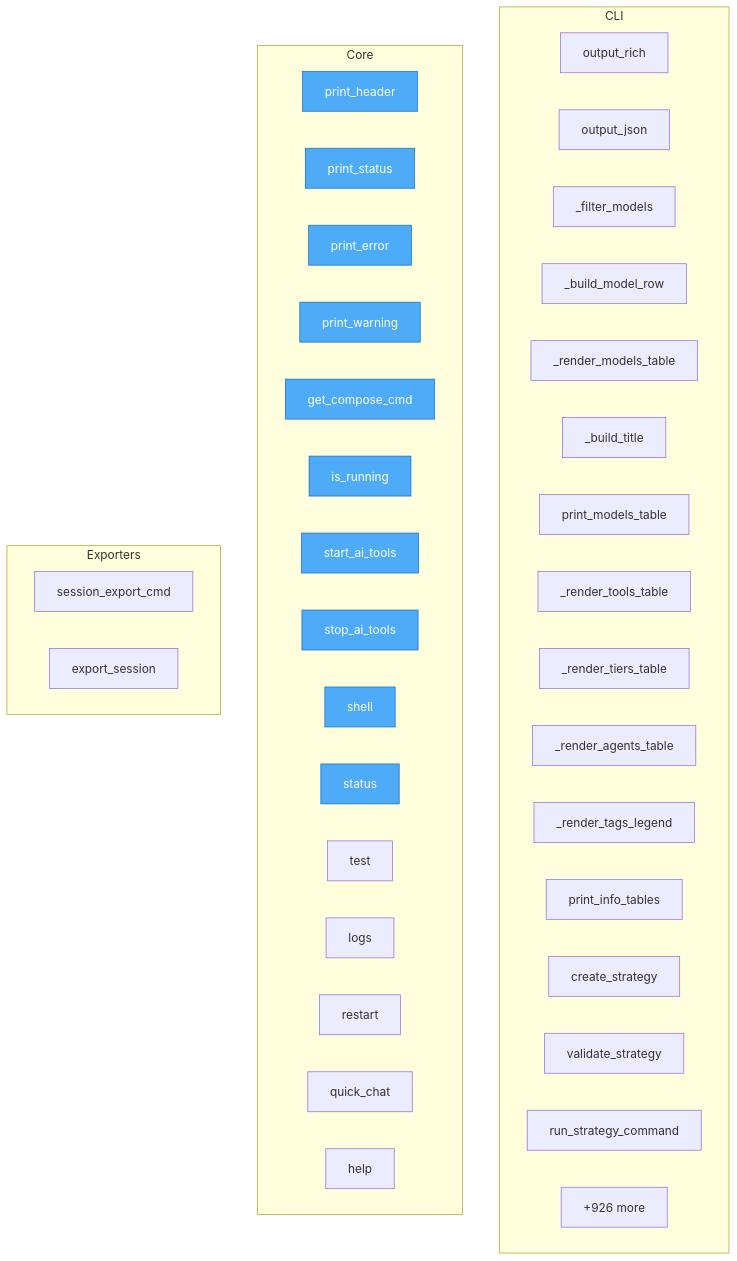
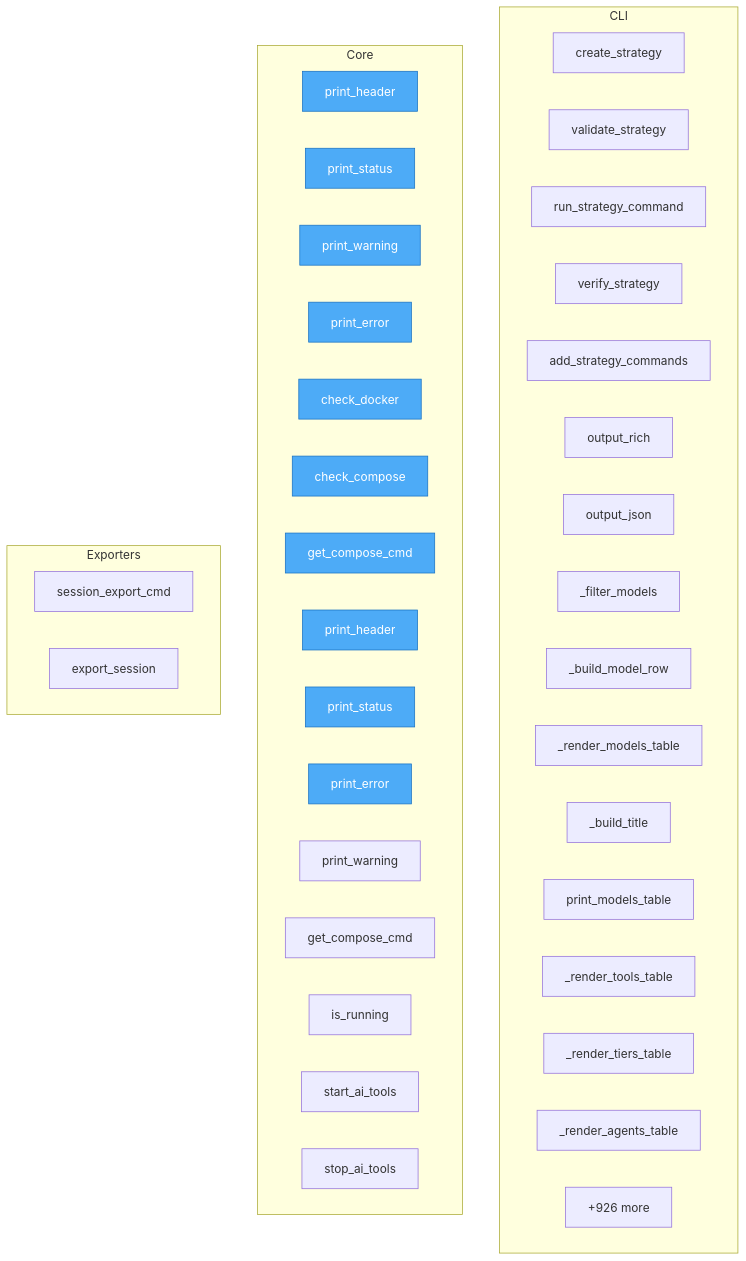
Before and after one commit to semcod/llx: the diagram in project/flow.mmd, drawn with Mermaid. The commit also changed 19 other files, not shown here.

```diff
--- a/project/flow.mmd
+++ b/project/flow.mmd
@@ -1,49 +1,49 @@
 flowchart TD
 
     %% Entry points (blue)
     classDef entry fill:#4dabf7,stroke:#1971c2,color:#fff
 
     subgraph CLI
+        llx__cli__strategy_commands__create_strategy["create_strategy"]
+        llx__cli__strategy_commands__validate_strategy["validate_strategy"]
+        llx__cli__strategy_commands__run_strategy_command["run_strategy_command"]
+        llx__cli__strategy_commands__verify_strategy["verify_strategy"]
+        llx__cli__strategy_commands__add_strategy_commands["add_strategy_commands"]
         llx__cli__formatters__output_rich["output_rich"]
         llx__cli__formatters__output_json["output_json"]
         llx__cli__formatters___filter_models["_filter_models"]
         llx__cli__formatters___build_model_row["_build_model_row"]
         llx__cli__formatters___render_models_table["_render_models_table"]
         llx__cli__formatters___build_title["_build_title"]
         llx__cli__formatters__print_models_table["print_models_table"]
         llx__cli__formatters___render_tools_table["_render_tools_table"]
         llx__cli__formatters___render_tiers_table["_render_tiers_table"]
         llx__cli__formatters___render_agents_table["_render_agents_table"]
-        llx__cli__formatters___render_tags_legend["_render_tags_legend"]
-        llx__cli__formatters__print_info_tables["print_info_tables"]
-        llx__cli__strategy_commands__create_strategy["create_strategy"]
-        llx__cli__strategy_commands__validate_strategy["validate_strategy"]
-        llx__cli__strategy_commands__run_strategy_command["run_strategy_command"]
         ...["+23 more"]
     end
 
     subgraph Core
+        docker_manage__print_header["print_header"]
+        docker_manage__print_status["print_status"]
+        docker_manage__print_warning["print_warning"]
+        docker_manage__print_error["print_error"]
+        docker_manage__check_docker["check_docker"]
+        docker_manage__check_compose["check_compose"]
+        docker_manage__get_compose_cmd["get_compose_cmd"]
         ai_tools_manage__print_header["print_header"]
         ai_tools_manage__print_status["print_status"]
         ai_tools_manage__print_error["print_error"]
         ai_tools_manage__print_warning["print_warning"]
         ai_tools_manage__get_compose_cmd["get_compose_cmd"]
         ai_tools_manage__is_running["is_running"]
         ai_tools_manage__start_ai_tools["start_ai_tools"]
         ai_tools_manage__stop_ai_tools["stop_ai_tools"]
-        ai_tools_manage__shell["shell"]
-        ai_tools_manage__status["status"]
-        ai_tools_manage__test["test"]
-        ai_tools_manage__logs["logs"]
-        ai_tools_manage__restart["restart"]
-        ai_tools_manage__quick_chat["quick_chat"]
-        ai_tools_manage__help["help"]
         ...["+926 more"]
     end
 
     subgraph Exporters
         llx__prellm__cli__session_export_cmd["session_export_cmd"]
         llx__prellm__context__user_memory__UserMemory__export_session["export_session"]
     end
 
-    class ai_tools_manage__print_header,ai_tools_manage__print_status,ai_tools_manage__print_error,ai_tools_manage__print_warning,ai_tools_manage__get_compose_cmd,ai_tools_manage__is_running,ai_tools_manage__start_ai_tools,ai_tools_manage__stop_ai_tools,ai_tools_manage__shell,ai_tools_manage__status entry
+    class docker_manage__print_header,docker_manage__print_status,docker_manage__print_warning,docker_manage__print_error,docker_manage__check_docker,docker_manage__check_compose,docker_manage__get_compose_cmd,ai_tools_manage__print_header,ai_tools_manage__print_status,ai_tools_manage__print_error entry
```
